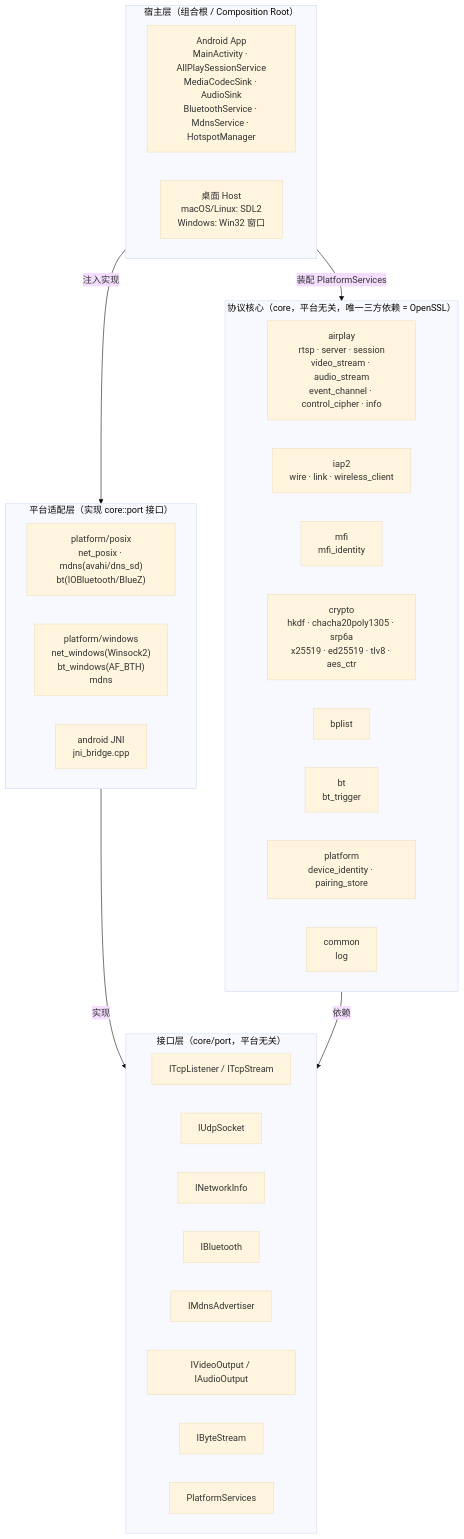
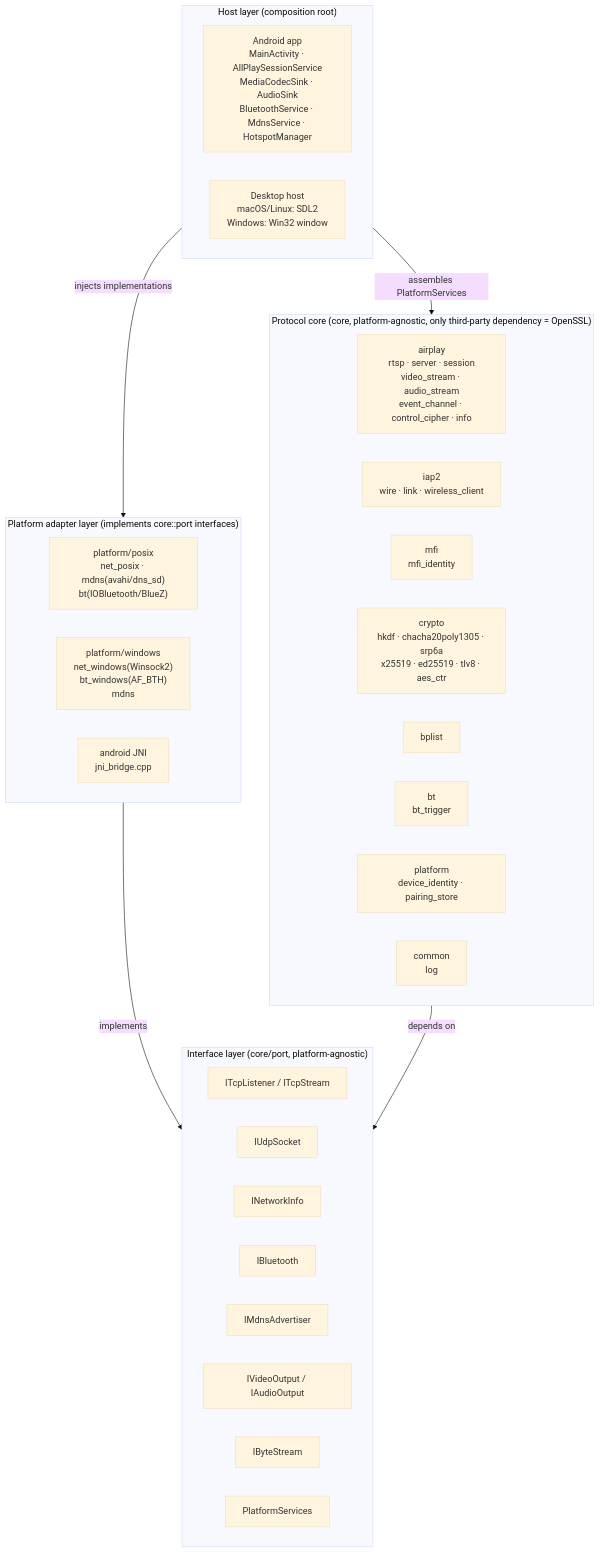
One commit to UnmetDecade/AllPlay changed the first of 2 diagrams in docs/architecture.md. Above: the diagram before and after it, drawn with Mermaid (base theme). The commit also changed other lines of this file and 175 other files, not shown here.

````diff
--- a/docs/architecture.md
+++ b/docs/architecture.md
@@ -8,44 +12,44 @@
 ```mermaid
 flowchart TB
-    subgraph HOST["宿主层（组合根 / Composition Root）"]
+    subgraph HOST["Host layer (composition root)"]
         direction LR
-        ANDROID["Android App<br/>MainActivity · AllPlaySessionService<br/>MediaCodecSink · AudioSink<br/>BluetoothService · MdnsService · HotspotManager"]
-        DESKTOP["桌面 Host<br/>macOS/Linux: SDL2<br/>Windows: Win32 窗口"]
+        ANDROID["Android app<br/>MainActivity · AllPlaySessionService<br/>MediaCodecSink · AudioSink<br/>BluetoothService · MdnsService · HotspotManager"]
+        DESKTOP["Desktop host<br/>macOS/Linux: SDL2<br/>Windows: Win32 window"]
     end
 
-    subgraph ADAPTER["平台适配层（实现 core::port 接口）"]
+    subgraph ADAPTER["Platform adapter layer (implements core::port interfaces)"]
         direction LR
         POSIX["platform/posix<br/>net_posix · mdns(avahi/dns_sd)<br/>bt(IOBluetooth/BlueZ)"]
         WIN["platform/windows<br/>net_windows(Winsock2)<br/>bt_windows(AF_BTH)<br/>mdns"]
         JNI["android JNI<br/>jni_bridge.cpp"]
     end
 
-    subgraph PORT["接口层（core/port，平台无关）"]
+    subgraph PORT["Interface layer (core/port, platform-agnostic)"]
         direction LR
         TCP["ITcpListener / ITcpStream"]
         UDP["IUdpSocket"]
         NET["INetworkInfo"]
         BT["IBluetooth"]
         MDNS["IMdnsAdvertiser"]
         MEDIA["IVideoOutput / IAudioOutput"]
         STREAM["IByteStream"]
         PS["PlatformServices"]
     end
 
-    subgraph CORE["协议核心（core，平台无关，唯一三方依赖 = OpenSSL）"]
+    subgraph CORE["Protocol core (core, platform-agnostic, only third-party dependency = OpenSSL)"]
         direction LR
         AIRPLAY["airplay<br/>rtsp · server · session<br/>video_stream · audio_stream<br/>event_channel · control_cipher · info"]
         IAP2["iap2<br/>wire · link · wireless_client"]
         MFI["mfi<br/>mfi_identity"]
         CRYPTO["crypto<br/>hkdf · chacha20poly1305 · srp6a<br/>x25519 · ed25519 · tlv8 · aes_ctr"]
         BPLIST["bplist"]
         BTTRIG["bt<br/>bt_trigger"]
         IDENTITY["platform<br/>device_identity · pairing_store"]
         COMMON["common<br/>log"]
     end
 
-    HOST -->|注入实现| ADAPTER
-    ADAPTER -->|实现| PORT
-    CORE -->|依赖| PORT
-    HOST -->|装配 PlatformServices| CORE
+    HOST -->|injects implementations| ADAPTER
+    ADAPTER -->|implements| PORT
+    CORE -->|depends on| PORT
+    HOST -->|assembles PlatformServices| CORE
 ```
````
